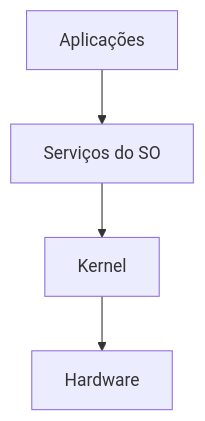
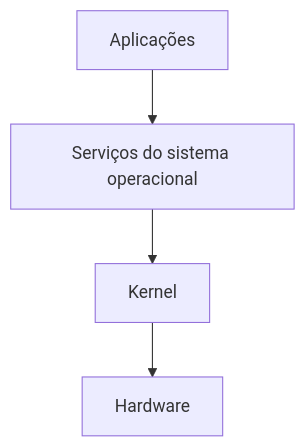
Before and after one commit to theroven79-droid/SISTEMAS-OPERACIONAIS: the diagram in Aula-1/README.md, drawn with Mermaid. The commit also changed other lines of this file, not shown here.

````diff
--- a/Aula-1/README.md
+++ b/Aula-1/README.md
@@ -23,6 +23,6 @@
 ```mermaid
 flowchart TB
-    A[Aplicações] --> B[Serviços do SO]
-    B --> C[Kernel]
-    C --> D[Hardware]
+    A["Aplicações"] --> B["Serviços do sistema operacional"]
+    B --> C["Kernel"]
+    C --> D["Hardware"]
 ```
````
